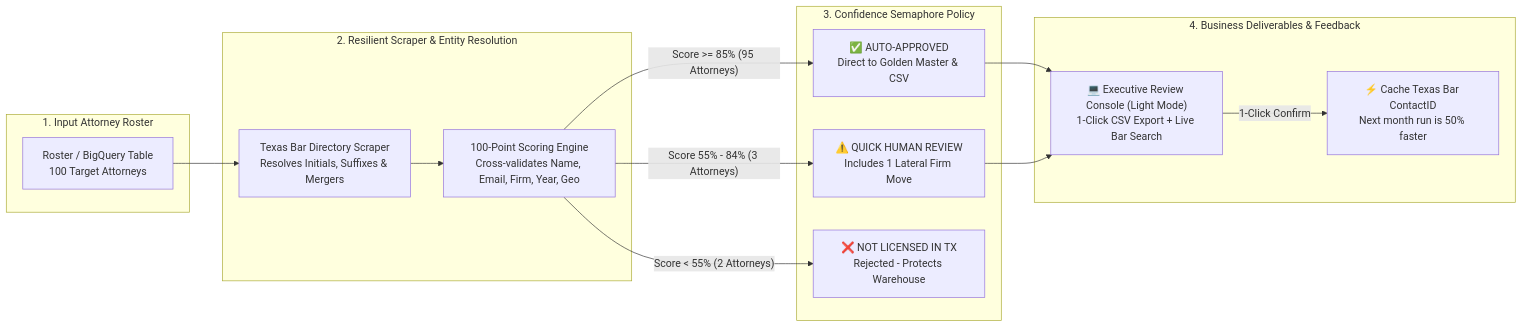
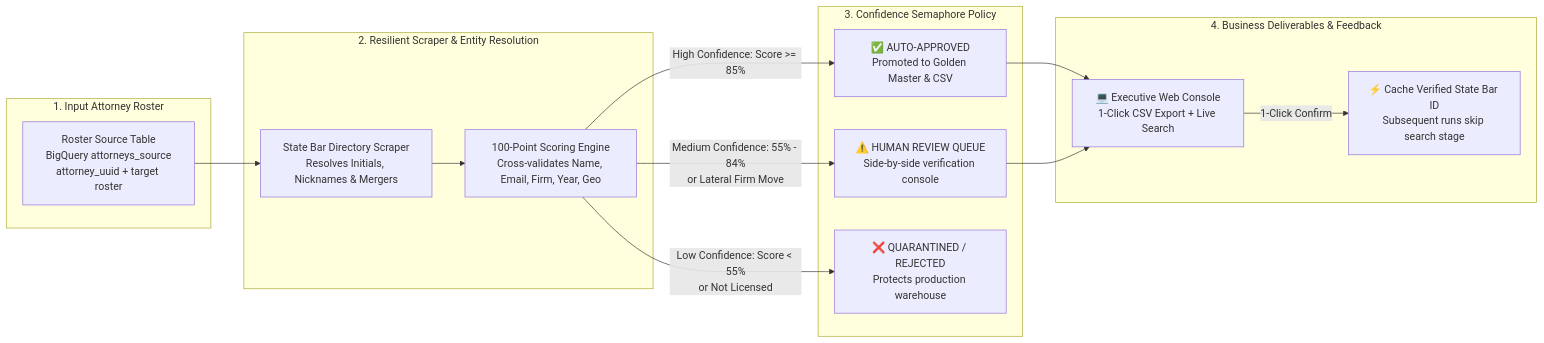
Before and after one commit to zebok/attorney-scrapper: the first of 4 diagrams in docs/DIAGRAMS_EN.md, drawn with Mermaid. The commit also changed other lines of this file and 8 other files, not shown here.

````diff
--- a/docs/DIAGRAMS_EN.md
+++ b/docs/DIAGRAMS_EN.md
@@ -13,23 +13,23 @@
 ```mermaid
 flowchart LR
     subgraph Input["1. Input Attorney Roster"]
-        SRC["Roster / BigQuery Table<br/>100 Target Attorneys"]
+        SRC["Roster Source Table<br/>BigQuery attorneys_source<br/>attorney_uuid + target roster"]
     end
 
     subgraph Engine["2. Resilient Scraper & Entity Resolution"]
-        SRC --> SCR["Texas Bar Directory Scraper<br/>Resolves Initials, Suffixes & Mergers"]
+        SRC --> SCR["State Bar Directory Scraper<br/>Resolves Initials, Nicknames & Mergers"]
         SCR --> SCORE["100-Point Scoring Engine<br/>Cross-validates Name, Email, Firm, Year, Geo"]
     end
 
     subgraph Decisions["3. Confidence Semaphore Policy"]
-        SCORE -->|"Score >= 85% (95 Attorneys)"| AUTO["✅ AUTO-APPROVED<br/>Direct to Golden Master & CSV"]
-        SCORE -->|"Score 55% - 84% (3 Attorneys)"| REV["⚠️ QUICK HUMAN REVIEW<br/>Includes 1 Lateral Firm Move"]
-        SCORE -->|"Score < 55% (2 Attorneys)"| REJ["❌ NOT LICENSED IN TX<br/>Rejected - Protects Warehouse"]
+        SCORE -->|"High Confidence: Score >= 85%"| AUTO["✅ AUTO-APPROVED<br/>Promoted to Golden Master & CSV"]
+        SCORE -->|"Medium Confidence: 55% - 84%<br/>or Lateral Firm Move"| REV["⚠️ HUMAN REVIEW QUEUE<br/>Side-by-side verification console"]
+        SCORE -->|"Low Confidence: Score < 55%<br/>or Not Licensed"| REJ["❌ QUARANTINED / REJECTED<br/>Protects production warehouse"]
     end
 
     subgraph Output["4. Business Deliverables & Feedback"]
-        AUTO --> UI["💻 Executive Review Console (Light Mode)<br/>1-Click CSV Export + Live Bar Search"]
+        AUTO --> UI["💻 Executive Web Console<br/>1-Click CSV Export + Live Search"]
         REV --> UI
-        UI -->|"1-Click Confirm"| CACHE["⚡ Cache Texas Bar ContactID<br/>Next month run is 50% faster"]
+        UI -->|"1-Click Confirm"| CACHE["⚡ Cache Verified State Bar ID<br/>Subsequent runs skip search stage"]
     end
 ```
````
